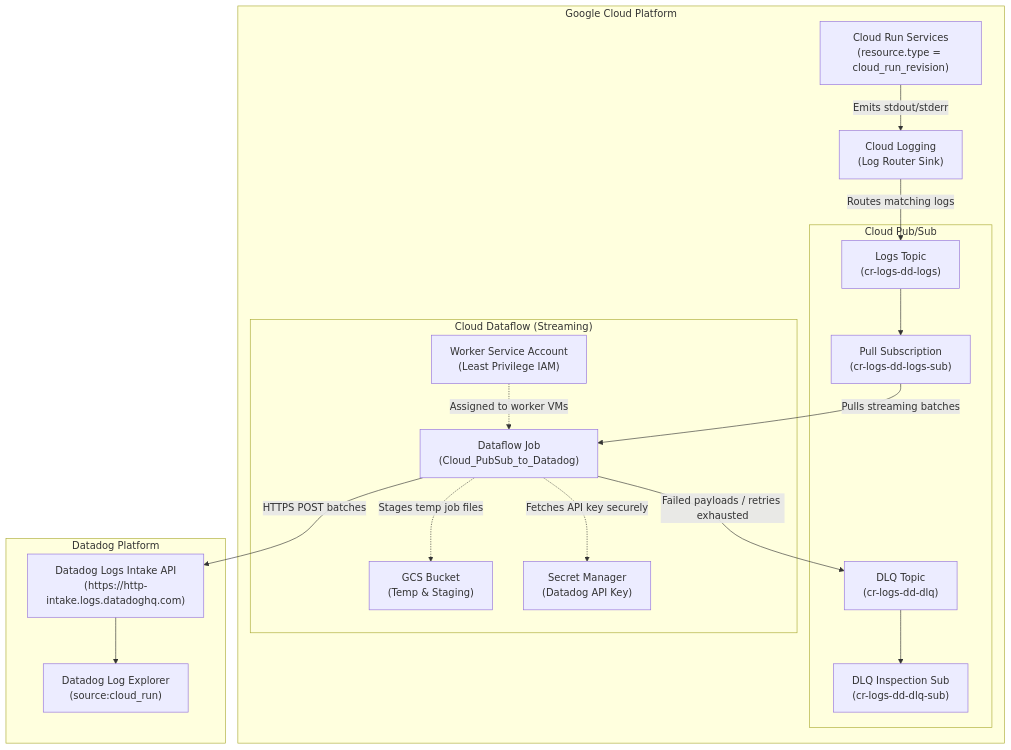
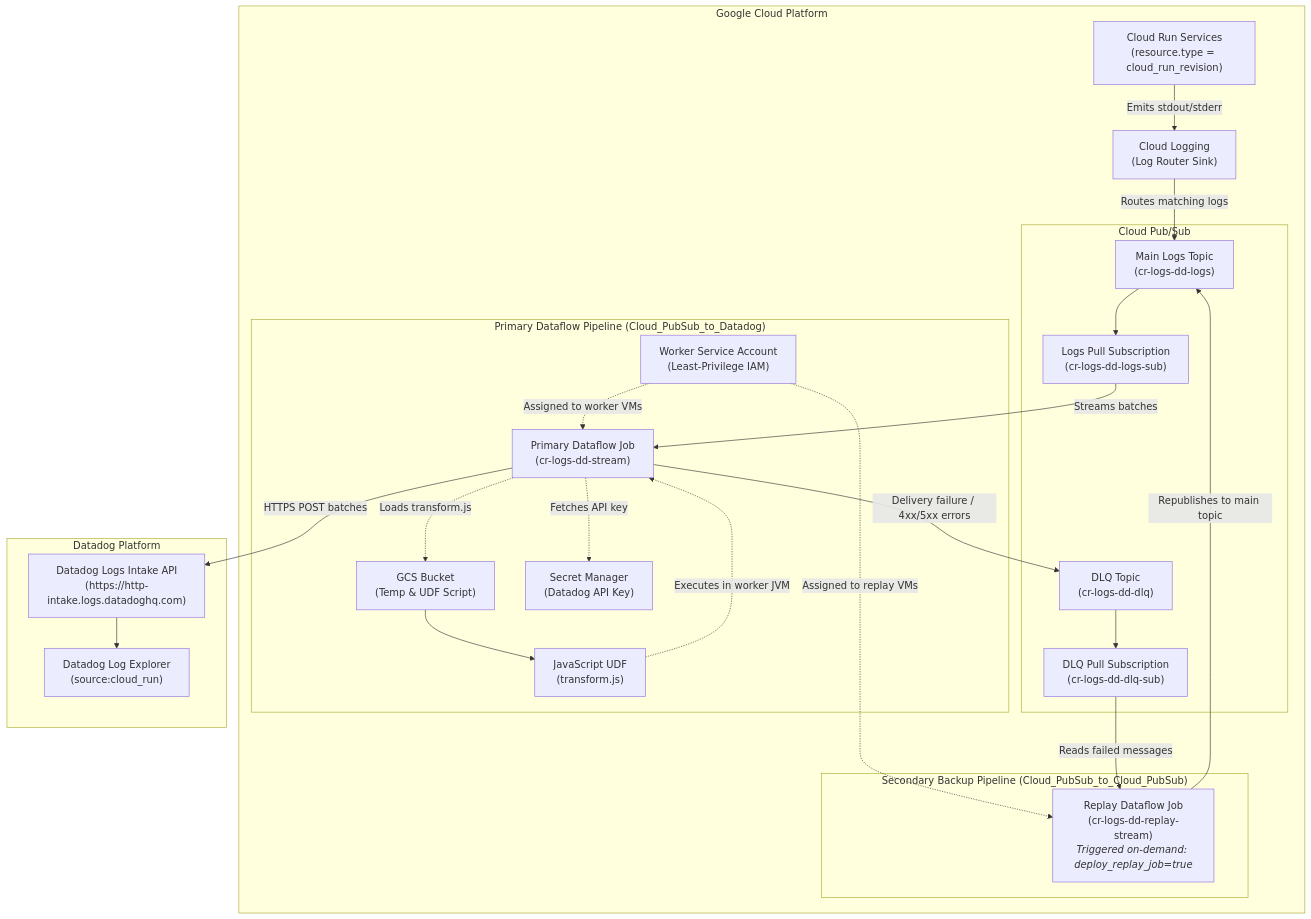
Before and after one commit to mmdcloud/log-router-cloud-run-datadog: the diagram in README.md, drawn with Mermaid. The commit also changed other lines of this file and 12 other files, not shown here.

First line of the commit message:
feat: Enhance Dataflow pipeline with secondary replay job and UDF support

````diff
--- a/README.md
+++ b/README.md
@@ -28,38 +32,55 @@
 ```mermaid
 flowchart TD
     subgraph GCP["Google Cloud Platform"]
         CR["Cloud Run Services<br/>(resource.type = cloud_run_revision)"]
         CL["Cloud Logging<br/>(Log Router Sink)"]
-        
+
         subgraph PUBSUB["Cloud Pub/Sub"]
-            TOPIC["Logs Topic<br/>(cr-logs-dd-logs)"]
-            SUB["Pull Subscription<br/>(cr-logs-dd-logs-sub)"]
+            TOPIC["Main Logs Topic<br/>(cr-logs-dd-logs)"]
+            SUB["Logs Pull Subscription<br/>(cr-logs-dd-logs-sub)"]
             DLQ_TOPIC["DLQ Topic<br/>(cr-logs-dd-dlq)"]
-            DLQ_SUB["DLQ Inspection Sub<br/>(cr-logs-dd-dlq-sub)"]
+            DLQ_SUB["DLQ Pull Subscription<br/>(cr-logs-dd-dlq-sub)"]
         end
 
-        subgraph DATAFLOW["Cloud Dataflow (Streaming)"]
-            DF["Dataflow Job<br/>(Cloud_PubSub_to_Datadog)"]
-            GCS["GCS Bucket<br/>(Temp & Staging)"]
+        subgraph PRIMARY_DATAFLOW["Primary Dataflow Pipeline (Cloud_PubSub_to_Datadog)"]
+            DF["Primary Dataflow Job<br/>(cr-logs-dd-stream)"]
+            GCS["GCS Bucket<br/>(Temp & UDF Script)"]
+            UDF["JavaScript UDF<br/>(transform.js)"]
             SM["Secret Manager<br/>(Datadog API Key)"]
-            SA["Worker Service Account<br/>(Least Privilege IAM)"]
+            SA["Worker Service Account<br/>(Least-Privilege IAM)"]
+        end
+
+        subgraph REPLAY_DATAFLOW["Secondary Backup Pipeline (Cloud_PubSub_to_Cloud_PubSub)"]
+            REPLAY_DF["Replay Dataflow Job<br/>(cr-logs-dd-replay-stream)<br/><i>Triggered on-demand: deploy_replay_job=true</i>"]
         end
     end
 
     subgraph DATADOG["Datadog Platform"]
         DD_INTAKE["Datadog Logs Intake API<br/>(https://http-intake.logs.datadoghq.com)"]
         DD_EXPLORER["Datadog Log Explorer<br/>(source:cloud_run)"]
     end
 
+    %% Ingestion flow
     CR -->|Emits stdout/stderr| CL
     CL -->|Routes matching logs| TOPIC
     TOPIC --> SUB
-    SUB -->|Pulls streaming batches| DF
-    DF -.->|Fetches API key securely| SM
-    DF -.->|Stages temp job files| GCS
+    SUB -->|Streams batches| DF
+    DF -.->|Fetches API key| SM
+    DF -.->|Loads transform.js| GCS
+    GCS --> UDF
+    UDF -.->|Executes in worker JVM| DF
     SA -.->|Assigned to worker VMs| DF
+    SA -.->|Assigned to replay VMs| REPLAY_DF
+
+    %% Delivery flow
     DF -->|HTTPS POST batches| DD_INTAKE
-    DF -->|Failed payloads / retries exhausted| DLQ_TOPIC
+    DD_INTAKE --> DD_EXPLORER
+
+    %% Failure to Dead-Letter Queue
+    DF -->|Delivery failure / 4xx/5xx errors| DLQ_TOPIC
     DLQ_TOPIC --> DLQ_SUB
-    DD_INTAKE --> DD_EXPLORER
+
+    %% Replay Loop
+    DLQ_SUB -->|Reads failed messages| REPLAY_DF
+    REPLAY_DF -->|Republishes to main topic| TOPIC
 ```
````
